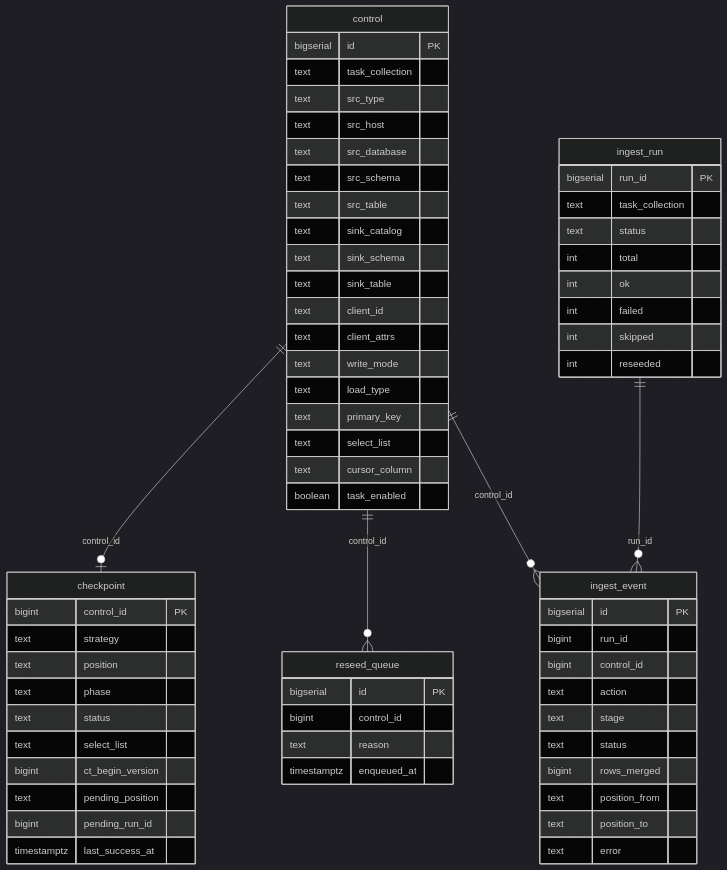
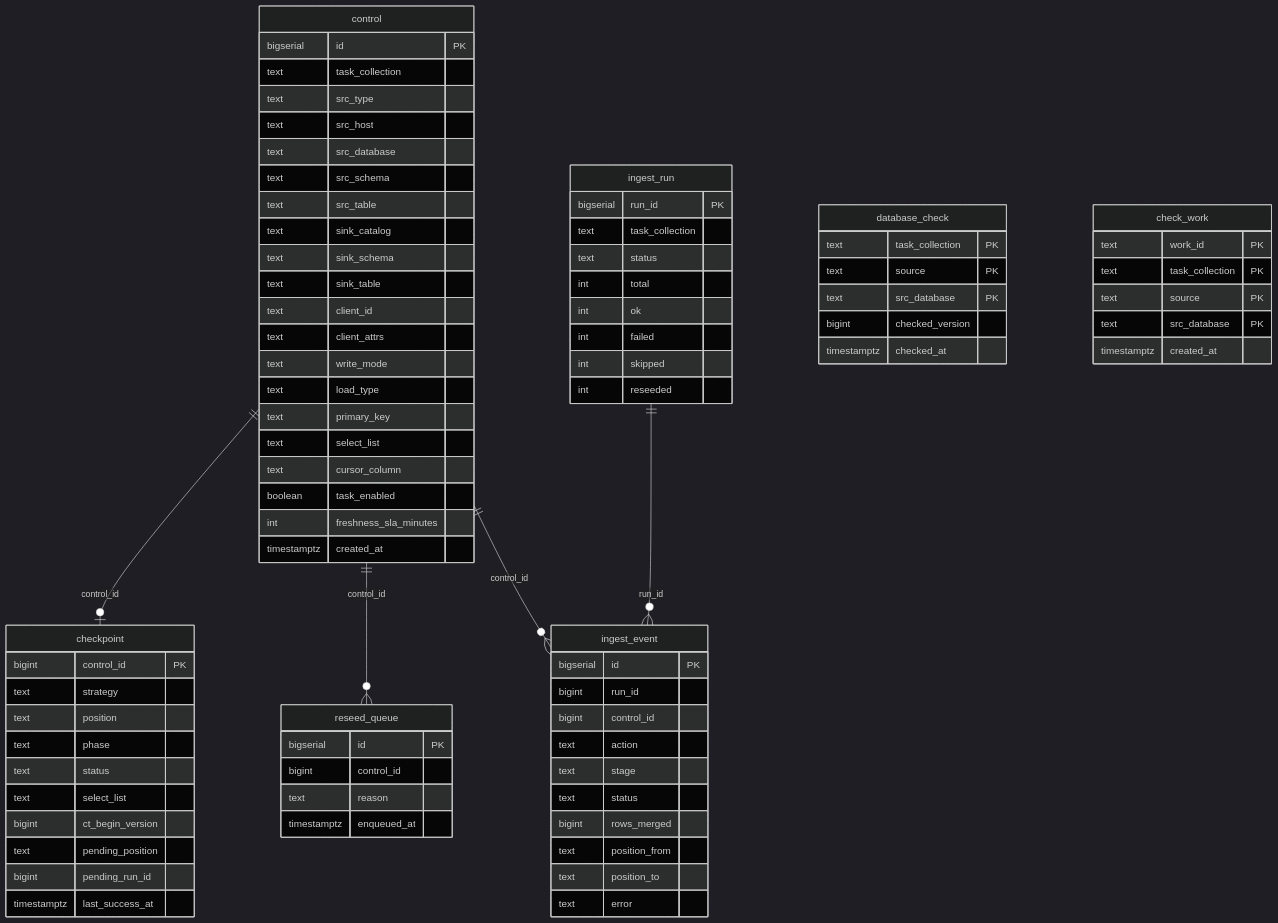
One commit to databricks-solutions/lakefed-ingest changed the first of 2 diagrams in docs/lakebase_schema.md. Above: the diagram before and after it, drawn with Mermaid (dark theme). The commit also changed other lines of this file and 285 other files, not shown here.

First line of the commit message:
First release of the operations app, the check job and engine updates (schema v17) (#19)

```diff
--- a/docs/lakebase_schema.md
+++ b/docs/lakebase_schema.md
@@ -42,6 +49,8 @@
         text select_list
         text cursor_column
         boolean task_enabled
+        int freshness_sla_minutes
+        timestamptz created_at
     }
     checkpoint {
         bigint control_id PK
@@ -54,6 +63,20 @@
         text pending_position
         bigint pending_run_id
         timestamptz last_success_at
+    }
+    database_check {
+        text task_collection PK
+        text source PK
+        text src_database PK
+        bigint checked_version
+        timestamptz checked_at
+    }
+    check_work {
+        text work_id PK
+        text task_collection PK
+        text source PK
+        text src_database PK
+        timestamptz created_at
     }
     reseed_queue {
         bigserial id PK
```
